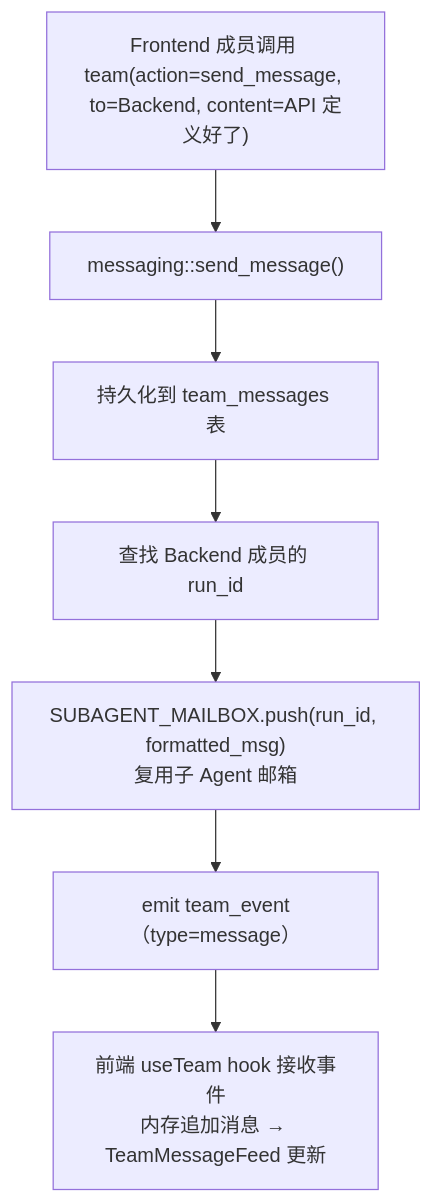
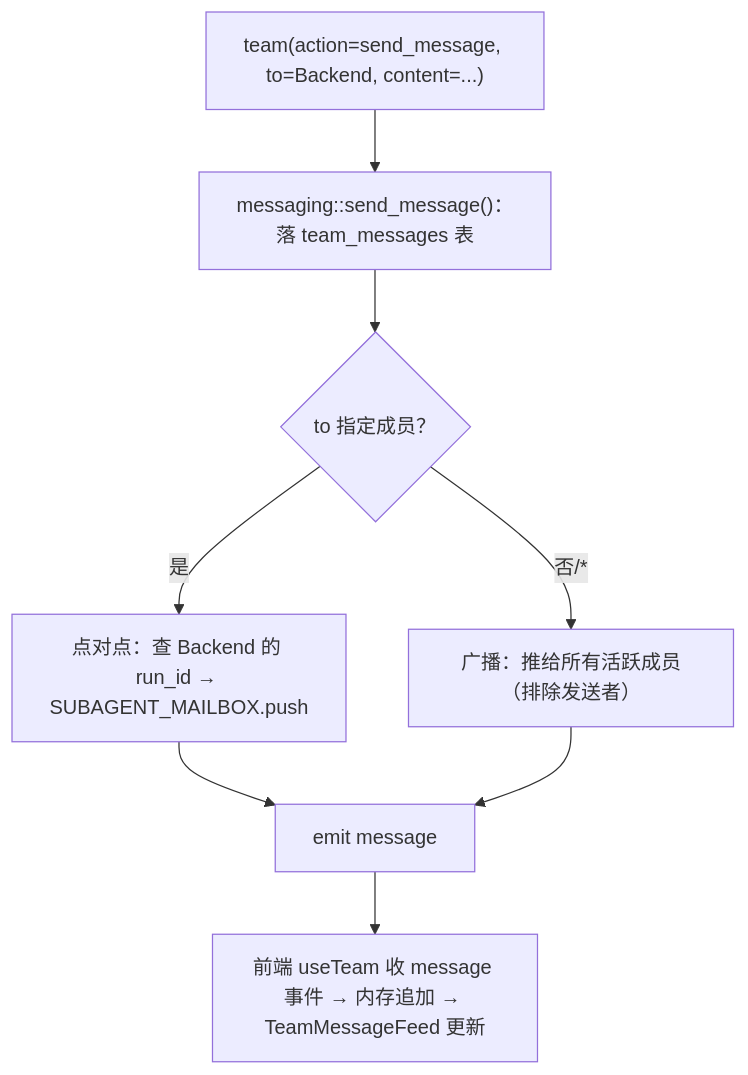
The fifth of 9 diagrams in docs/architecture/agent-team.md (shiwenwen/hope-agent), drawn with Mermaid before and after one commit. The commit also changed other lines of this file and 11 other files, not shown here.

First line of the commit message:
🦭docs: 第四批 12 篇按新标准重做（local-model-loading/context-compact/automation-model/artifacts/agent-config/plan-mode/hooks/goal/knowledge-base/agent-team/subagent/domain-workflow）

````diff
--- a/docs/architecture/agent-team.md
+++ b/docs/architecture/agent-team.md
@@ -188,12 +267,14 @@
 ```mermaid
 flowchart TD
-    A["Frontend 成员调用 team(action=send_message, to=Backend, content=API 定义好了)"]
-    B["messaging::send_message()"]
-    B1["持久化到 team_messages 表"]
-    B2["查找 Backend 成员的 run_id"]
-    B3["SUBAGENT_MAILBOX.push(run_id, formatted_msg)<br/>复用子 Agent 邮箱"]
-    B4["emit team_event（type=message）"]
-    FE["前端 useTeam hook 接收事件<br/>内存追加消息 → TeamMessageFeed 更新"]
-
-    A --> B --> B1 --> B2 --> B3 --> B4 --> FE
+    A["team(action=send_message, to=Backend, content=...)"]
+    B["messaging::send_message()：落 team_messages 表"]
+    C{"to 指定成员？"}
+    D["点对点：查 Backend 的 run_id → SUBAGENT_MAILBOX.push"]
+    E["广播：推给所有活跃成员（排除发送者）"]
+    F["emit message"]
+    G["前端 useTeam 收 message 事件 → 内存追加 → TeamMessageFeed 更新"]
+    A --> B --> C
+    C -->|是| D --> F
+    C -->|否/*| E --> F
+    F --> G
 ```
````
